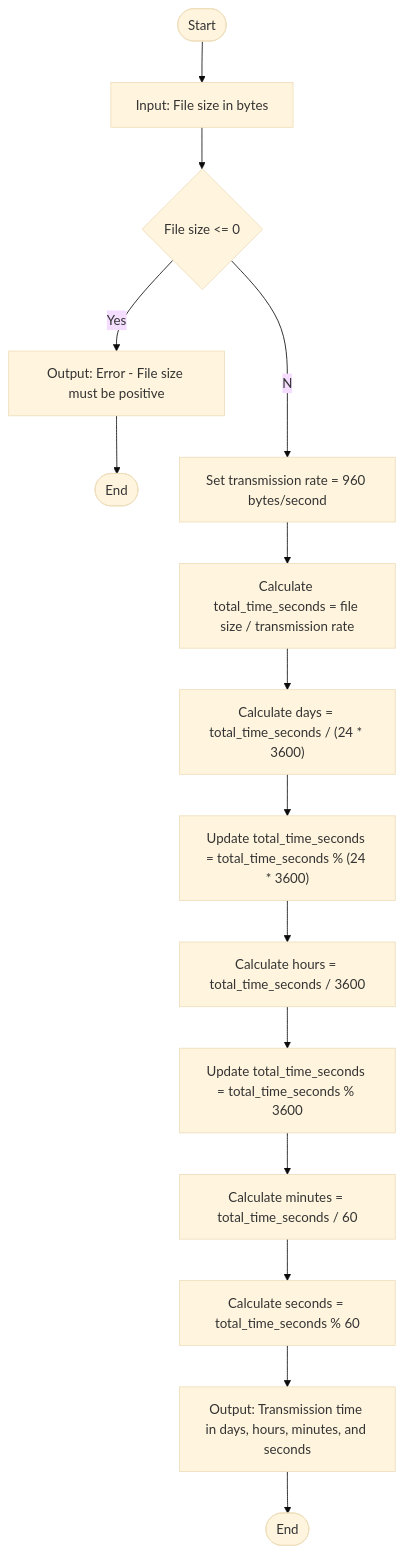
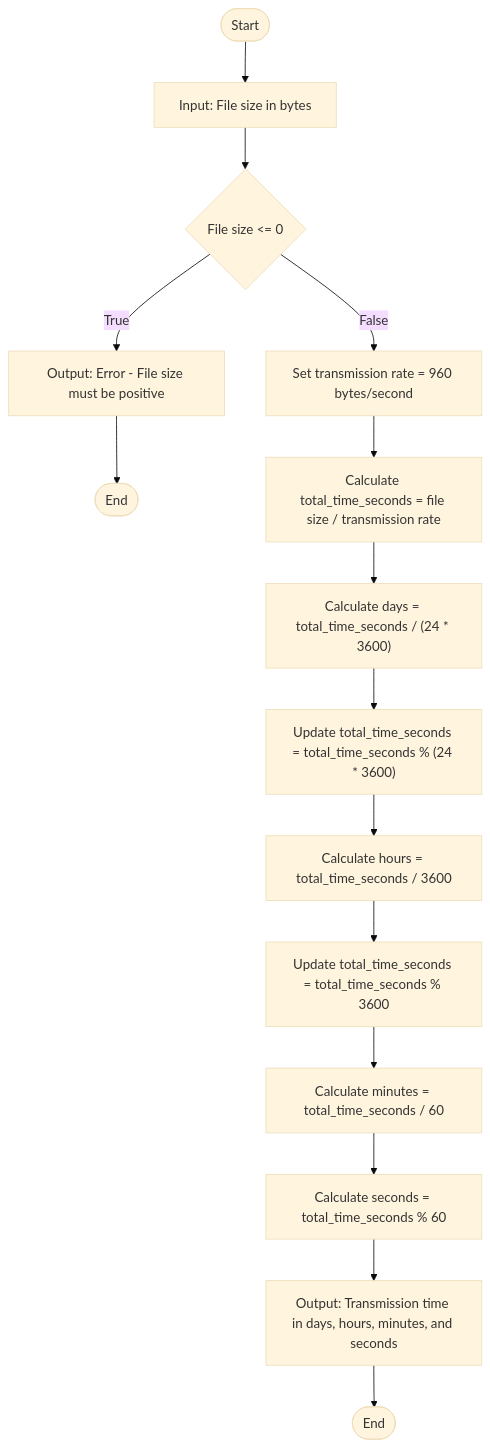
One commit to SWEG-2016EC-Batch/System32 changed the diagram in ETS1200_Ruth_Demessew/Time_to_send_file.md. Above: the diagram before and after it, drawn with Mermaid (base theme). The commit also changed other lines of this file, not shown here.

````diff
--- a/ETS1200_Ruth_Demessew/Time_to_send_file.md
+++ b/ETS1200_Ruth_Demessew/Time_to_send_file.md
@@ -43,24 +40,23 @@
 ```mermaid
 flowchart TD
     id1([Start]) --> id2["Input: File size in bytes"]
     id2 --> id3{"File size <= 0"}
     
     %% Validation for File Size
-    id3 --Yes--> id4["Output: Error - File size must be positive"]
+    id3 --True--> id4["Output: Error - File size must be positive"]
     id4 --> id5([End])
-    id3 --No--> id6["Set transmission rate = 960 bytes/second"]
+    id3 --False--> id6["Set transmission rate = 960 bytes/second"]
     
     %% Calculate Transmission Time
     id6 --> id7["Calculate total_time_seconds = file size / transmission rate"]
     id7 --> id8["Calculate days = total_time_seconds / (24 * 3600)"]
     id8 --> id9["Update total_time_seconds = total_time_seconds % (24 * 3600)"]
     id9 --> id10["Calculate hours = total_time_seconds / 3600"]
     id10 --> id11["Update total_time_seconds = total_time_seconds % 3600"]
     id11 --> id12["Calculate minutes = total_time_seconds / 60"]
     id12 --> id13["Calculate seconds = total_time_seconds % 60"]
     
     %% Output Result
     id13 --> id14["Output: Transmission time in days, hours, minutes, and seconds"]
     id14 --> id15([End])
-
 ```
````
